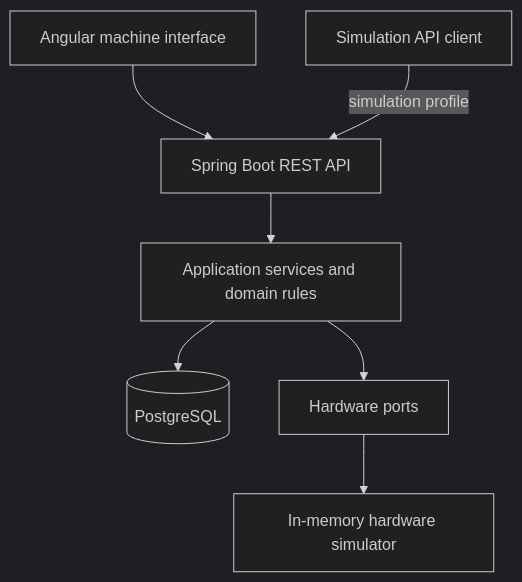
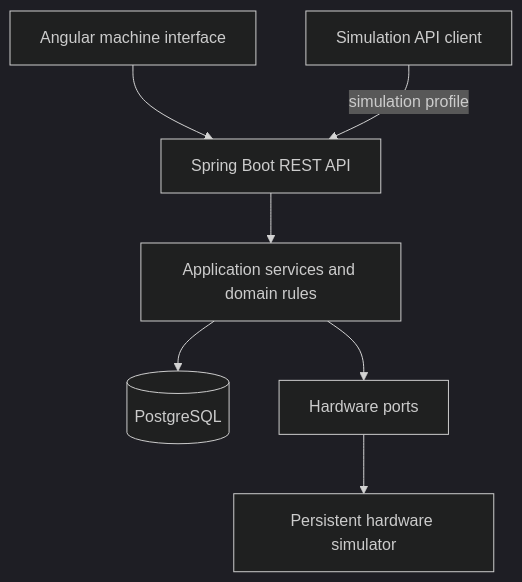
Before and after one commit to dmitar-strbac/unit-cash-machine: the first of 2 diagrams in README.md, drawn with Mermaid (dark theme). The commit also changed other lines of this file and 23 other files, not shown here.

````diff
--- a/README.md
+++ b/README.md
@@ -83,17 +66,17 @@
 ```mermaid
 flowchart TD
     UI["Angular machine interface"]
     API["Spring Boot REST API"]
     Domain["Application services and domain rules"]
     Database[("PostgreSQL")]
     Hardware["Hardware ports"]
-    Simulator["In-memory hardware simulator"]
+    Simulator["Persistent hardware simulator"]
     Controls["Simulation API client"]
 
     UI --> API
     API --> Domain
     Domain --> Database
     Domain --> Hardware
     Hardware --> Simulator
     Controls -->|"simulation profile"| API
 ```
````
